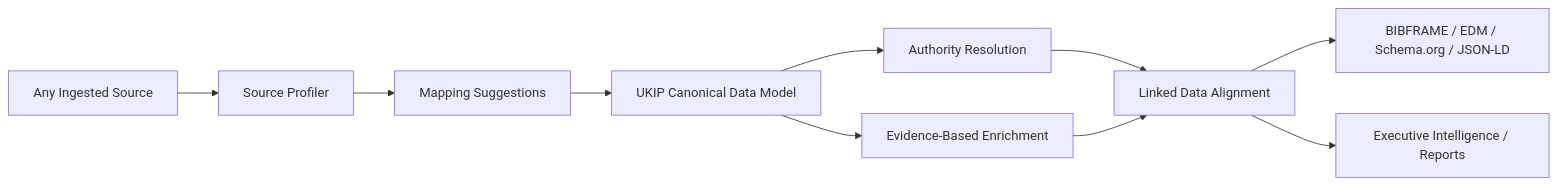
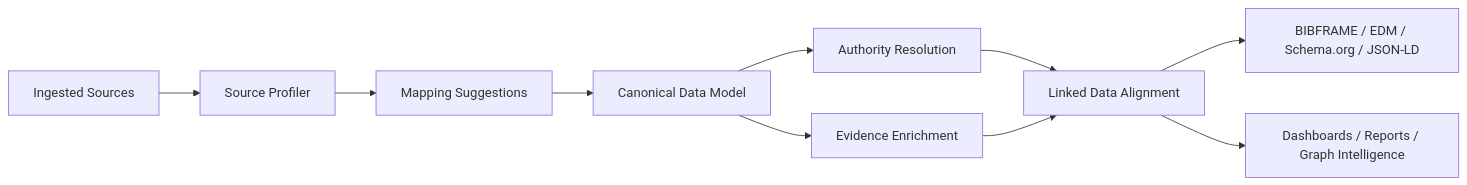
Before and after one commit to keilynrp/universal-knowledge-intelligence-platform: the diagram in README.md, drawn with Mermaid. The commit also changed other lines of this file, not shown here.

````diff
--- a/README.md
+++ b/README.md
@@ -53,12 +44,12 @@
 ```mermaid
 flowchart LR
-  A["Any Ingested Source"] --> B["Source Profiler"]
+  A["Ingested Sources"] --> B["Source Profiler"]
   B --> C["Mapping Suggestions"]
-  C --> D["UKIP Canonical Data Model"]
+  C --> D["Canonical Data Model"]
   D --> E["Authority Resolution"]
-  D --> F["Evidence-Based Enrichment"]
+  D --> F["Evidence Enrichment"]
   E --> G["Linked Data Alignment"]
   F --> G
   G --> H["BIBFRAME / EDM / Schema.org / JSON-LD"]
-  G --> I["Executive Intelligence / Reports"]
+  G --> I["Dashboards / Reports / Graph Intelligence"]
 ```
````
